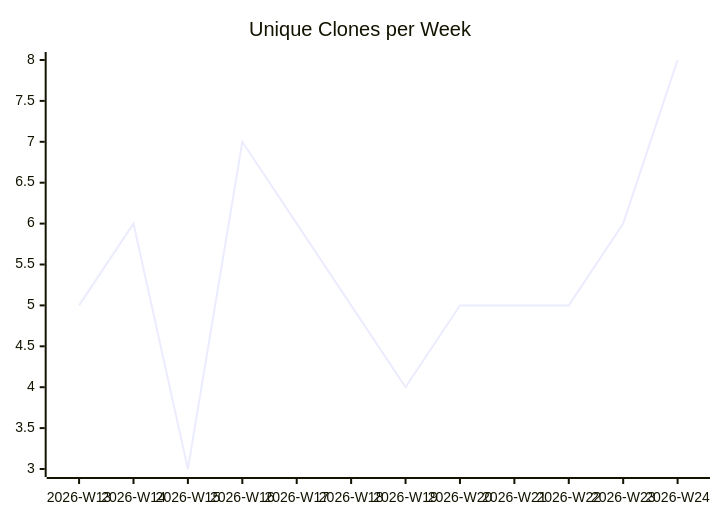
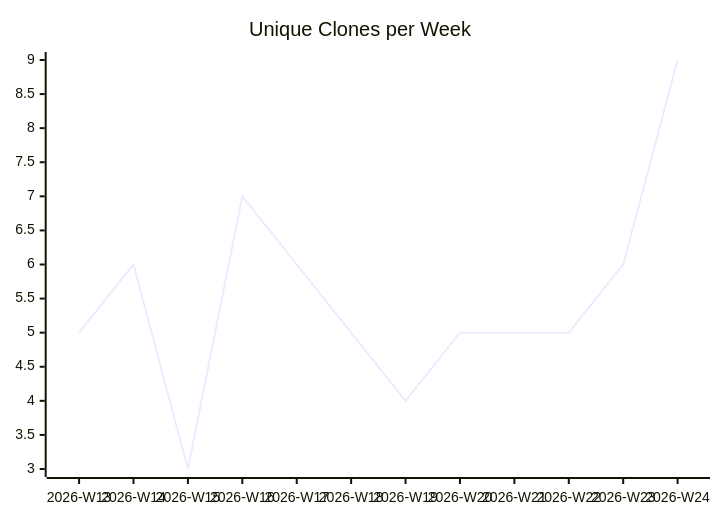
Before and after one commit to justdavis-family/github-analytics-data: the third of 3 diagrams in karlmdavis/kxml2/README.md, drawn with Mermaid. The commit also changed other lines of this file and 195 other files, not shown here.

````diff
--- a/karlmdavis/kxml2/README.md
+++ b/karlmdavis/kxml2/README.md
@@ -19,6 +19,6 @@
 ```mermaid
 xychart-beta
   title "Unique Clones per Week"
   x-axis ["2026-W13", "2026-W14", "2026-W15", "2026-W16", "2026-W17", "2026-W18", "2026-W19", "2026-W20", "2026-W21", "2026-W22", "2026-W23", "2026-W24"]
-  line [5, 6, 3, 7, 6, 5, 4, 5, 5, 5, 6, 8]
+  line [5, 6, 3, 7, 6, 5, 4, 5, 5, 5, 6, 9]
 ```
````
